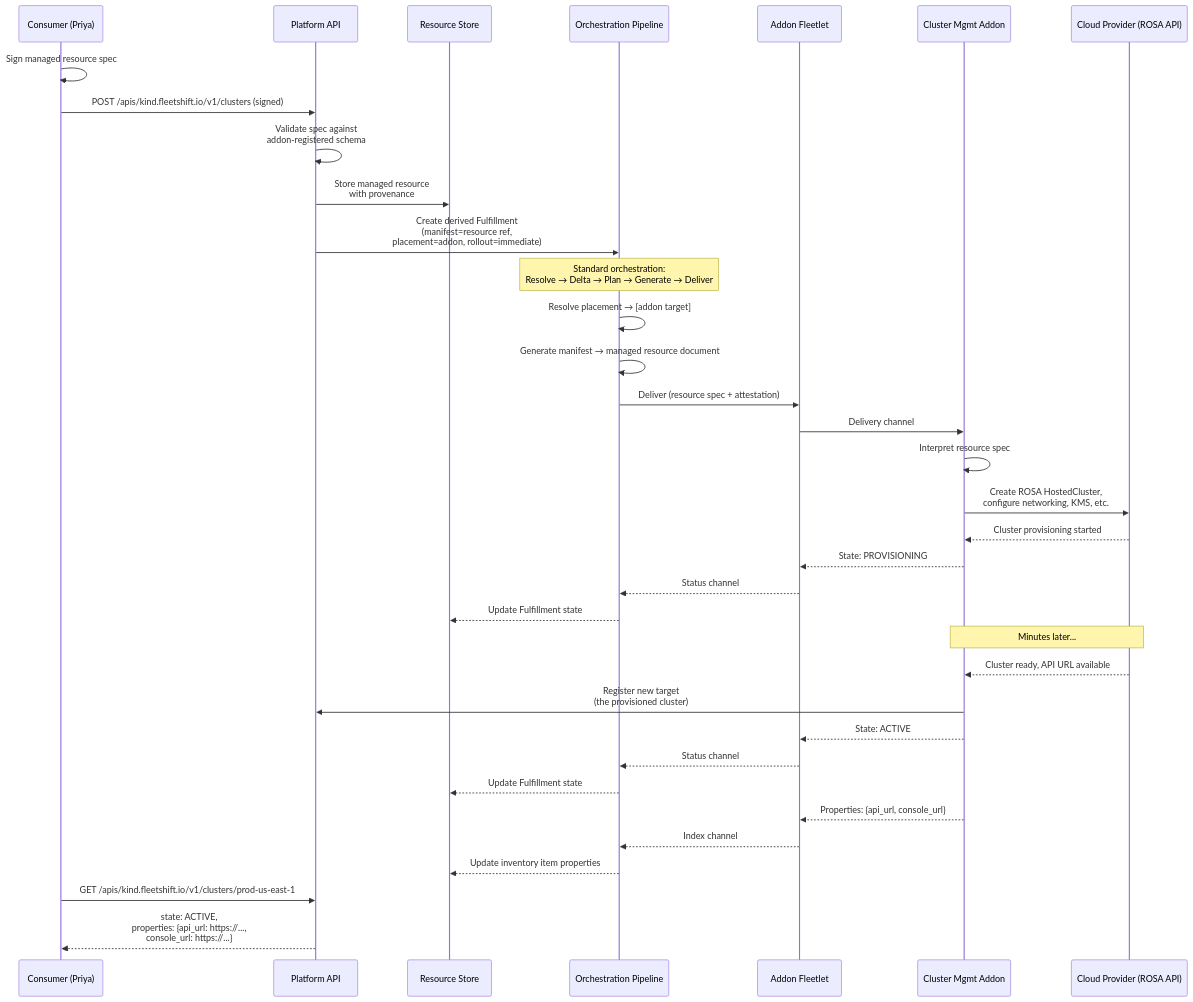
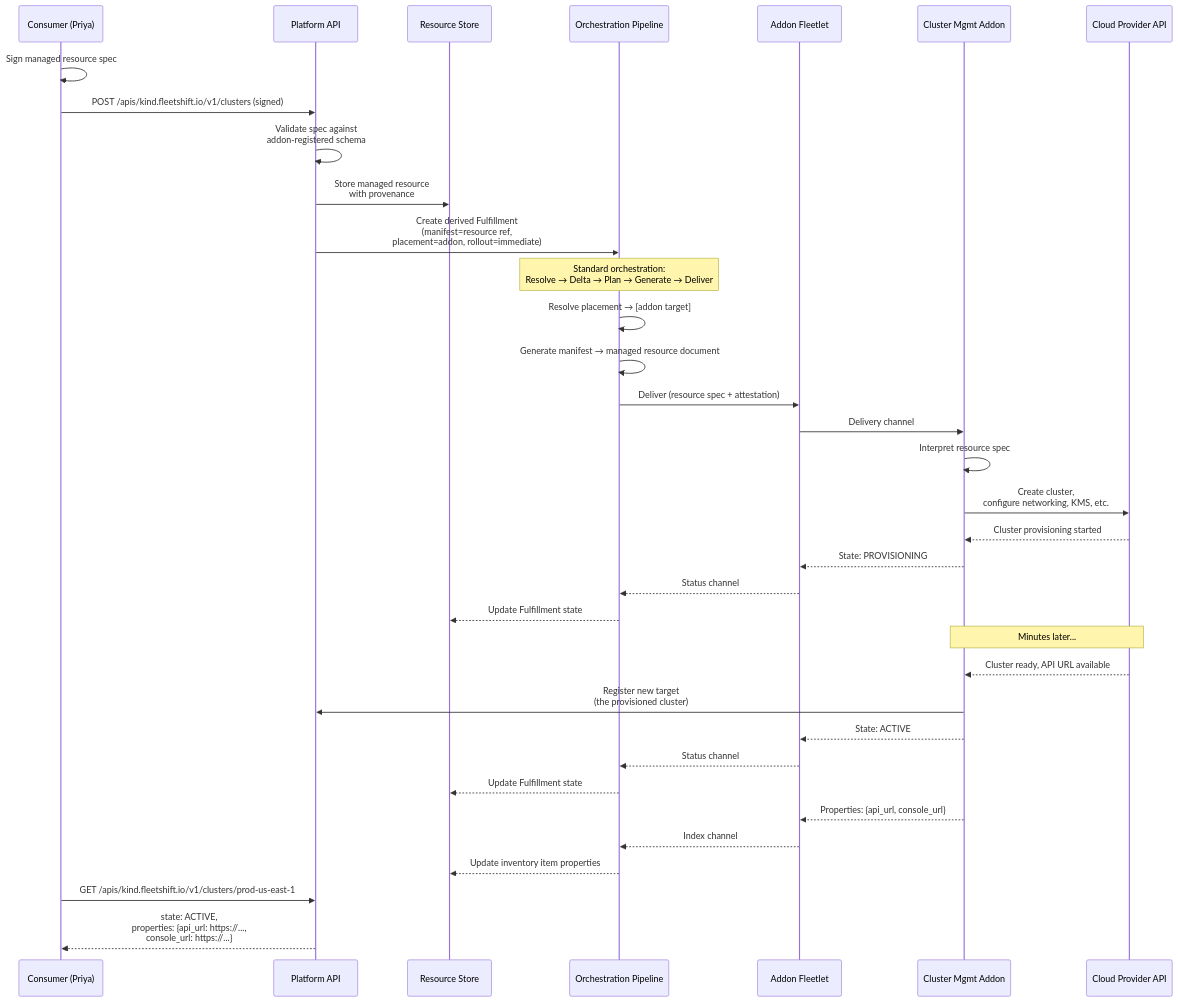
Before and after one commit to fleetshift/fleetshift-poc: the diagram in docs/design/managed_resources.md, drawn with Mermaid. The commit also changed other lines of this file and 299 other files, not shown here.

````diff
--- a/docs/design/managed_resources.md
+++ b/docs/design/managed_resources.md
@@ -202,46 +202,46 @@
 ```mermaid
 sequenceDiagram
     participant User as Consumer (Priya)
     participant Platform as Platform API
     participant Store as Resource Store
     participant Pipeline as Orchestration Pipeline
     participant Fleetlet as Addon Fleetlet
     participant Addon as Cluster Mgmt Addon
-    participant Cloud as Cloud Provider (ROSA API)
+    participant Cloud as Cloud Provider API
 
     User->>User: Sign managed resource spec
     User->>Platform: POST /apis/kind.fleetshift.io/v1/clusters (signed)
     Platform->>Platform: Validate spec against<br/>addon-registered schema
     Platform->>Store: Store managed resource<br/>with provenance
 
     Platform->>Pipeline: Create derived Fulfillment<br/>(manifest=resource ref,<br/>placement=addon, rollout=immediate)
 
     Note over Pipeline: Standard orchestration:<br/>Resolve → Delta → Plan → Generate → Deliver
 
     Pipeline->>Pipeline: Resolve placement → [addon target]
     Pipeline->>Pipeline: Generate manifest → managed resource document
     Pipeline->>Fleetlet: Deliver (resource spec + attestation)
     Fleetlet->>Addon: Delivery channel
 
     Addon->>Addon: Interpret resource spec
-    Addon->>Cloud: Create ROSA HostedCluster,<br/>configure networking, KMS, etc.
+    Addon->>Cloud: Create cluster,<br/>configure networking, KMS, etc.
     Cloud-->>Addon: Cluster provisioning started
 
     Addon-->>Fleetlet: State: PROVISIONING
     Fleetlet-->>Pipeline: Status channel
     Pipeline-->>Store: Update Fulfillment state
 
     Note over Addon, Cloud: Minutes later...
 
     Cloud-->>Addon: Cluster ready, API URL available
     Addon->>Platform: Register new target<br/>(the provisioned cluster)
     Addon-->>Fleetlet: State: ACTIVE
     Fleetlet-->>Pipeline: Status channel
     Pipeline-->>Store: Update Fulfillment state
     Addon-->>Fleetlet: Properties: {api_url, console_url}
     Fleetlet-->>Pipeline: Index channel
     Pipeline-->>Store: Update inventory item properties
 
     User->>Platform: GET /apis/kind.fleetshift.io/v1/clusters/prod-us-east-1
     Platform-->>User: state: ACTIVE,<br/>properties: {api_url: https://...,<br/>console_url: https://...}
 ```
````
